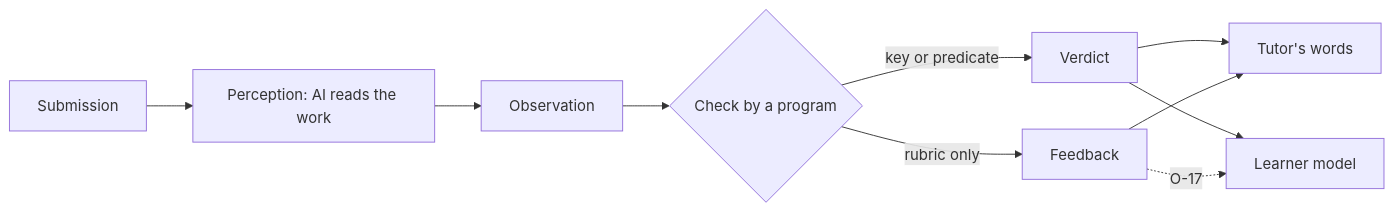
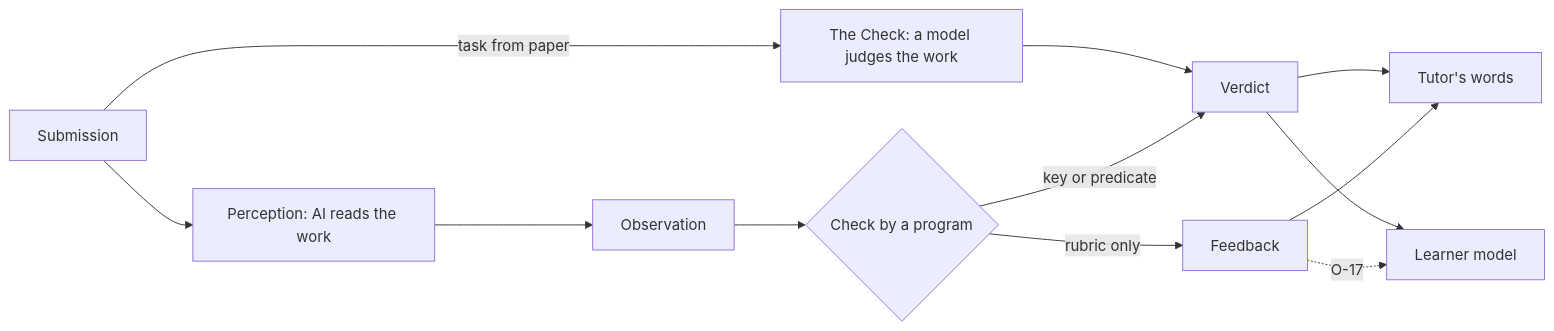
The second of 2 diagrams in docs/concepts.md (altnovatrail/spec), drawn with Mermaid before and after one commit. The commit also changed other lines of this file and 9 other files, not shown here.

First line of the commit message:
T284: the model judges a task from paper in one Check call

````diff
--- a/docs/concepts.md
+++ b/docs/concepts.md
@@ -255,12 +255,14 @@
 ```mermaid
 flowchart LR
     S["Submission"] --> P["Perception: AI reads the work"]
+    S -->|"task from paper"| K["The Check: a model judges the work"]
+    K --> V
     P --> O["Observation"]
     O --> C{"Check by a program"}
     C -->|"key or predicate"| V["Verdict"]
     C -->|"rubric only"| F["Feedback"]
     V --> T["Tutor's words"]
     F --> T
     V --> M["Learner model"]
     F -.->|"О-17"| M
 ```
````
